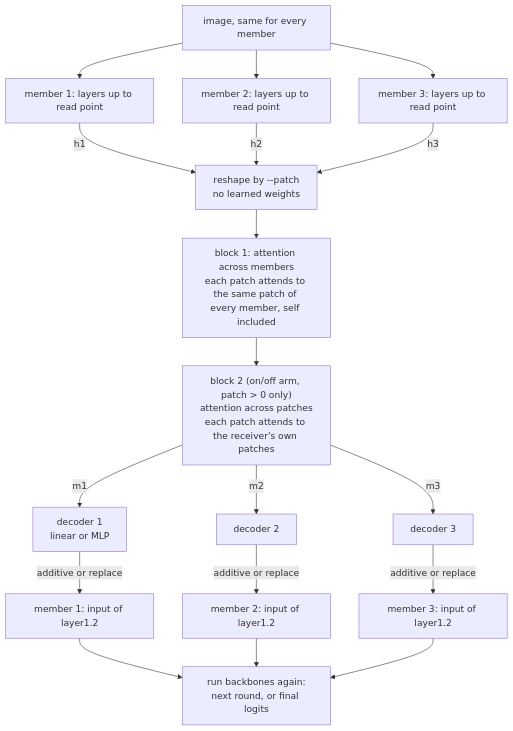
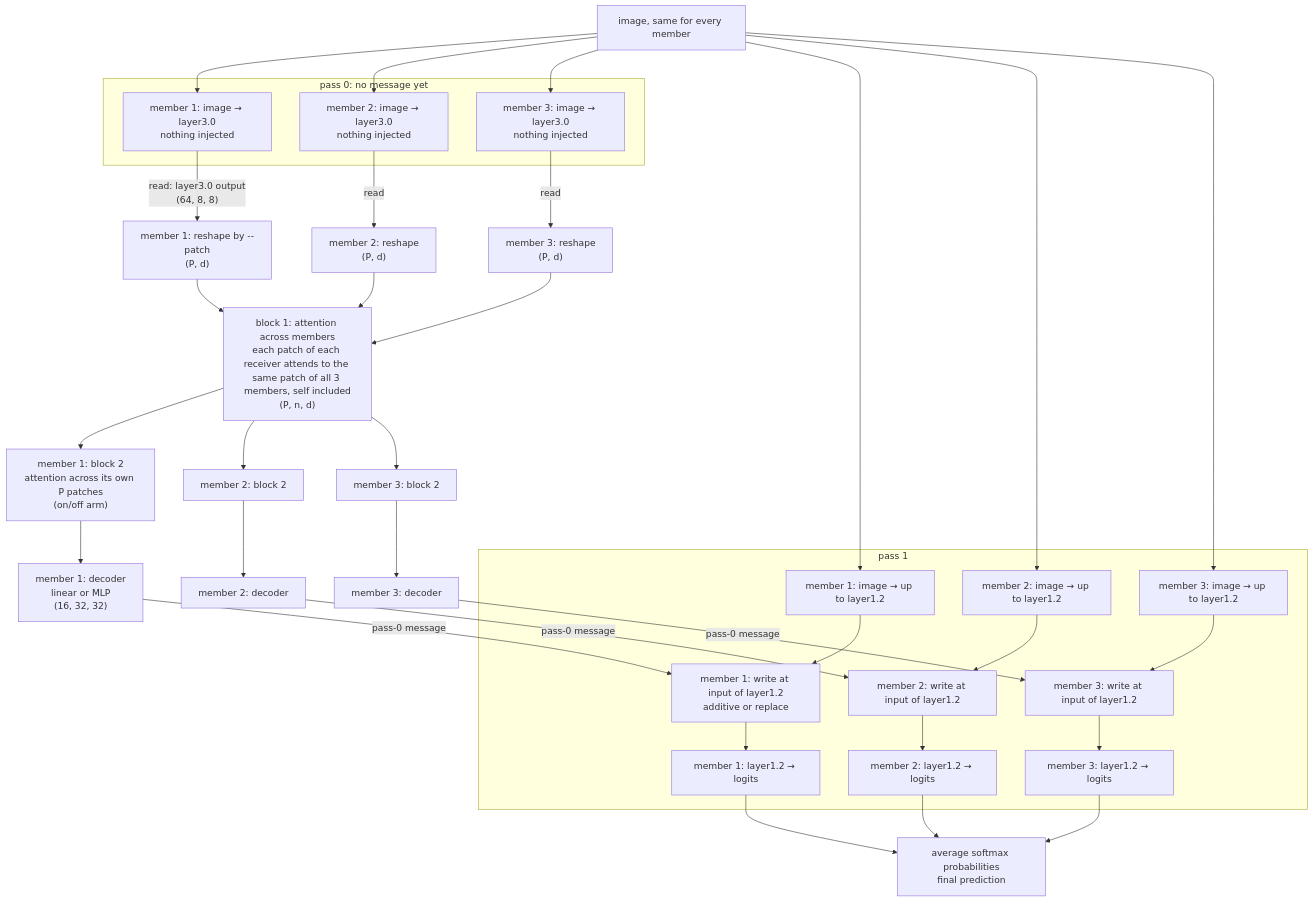
Before and after one commit to ratcht/talkative-networks: the diagram in experiments/04_patch_attention/README.md, drawn with Mermaid. The commit also changed other lines of this file and 2 other files, not shown here.

Commit message:
patch_attention: run scripts

````diff
--- a/experiments/04_patch_attention/README.md
+++ b/experiments/04_patch_attention/README.md
@@ -19,25 +21,39 @@
 ```mermaid
 flowchart TD
-  img[image, same for every member]
+  img["image, same for every member"]
 
-  img --> B1[member 1: layers up to read point]
-  img --> B2[member 2: layers up to read point]
-  img --> B3[member 3: layers up to read point]
+  subgraph P0["pass 0: no message yet"]
+    F1["member 1: image → layer3.0<br/>nothing injected"]
+    F2["member 2: image → layer3.0<br/>nothing injected"]
+    F3["member 3: image → layer3.0<br/>nothing injected"]
+  end
 
-  B1 -->|h1| R[reshape by --patch<br/>no learned weights]
-  B2 -->|h2| R
-  B3 -->|h3| R
+  img --> F1 & F2 & F3
 
-  R --> ATT1["block 1: attention across members<br/>each patch attends to the same patch of every member, self included"]
-  ATT1 --> ATT2["block 2 (on/off arm, patch > 0 only)<br/>attention across patches<br/>each patch attends to the receiver's own patches"]
+  F1 -->|"read: layer3.0 output<br/>(64, 8, 8)"| S1["member 1: reshape by --patch<br/>(P, d)"]
+  F2 -->|read| S2["member 2: reshape<br/>(P, d)"]
+  F3 -->|read| S3["member 3: reshape<br/>(P, d)"]
 
-  ATT2 -->|m1| D1[decoder 1<br/>linear or MLP]
-  ATT2 -->|m2| D2[decoder 2]
-  ATT2 -->|m3| D3[decoder 3]
+  S1 & S2 & S3 --> BL1["block 1: attention across members<br/>each patch of each receiver attends to the same patch of all 3 members, self included<br/>(P, n, d)"]
 
-  D1 -->|additive or replace| W1[member 1: input of layer1.2]
-  D2 -->|additive or replace| W2[member 2: input of layer1.2]
-  D3 -->|additive or replace| W3[member 3: input of layer1.2]
+  BL1 --> C1["member 1: block 2<br/>attention across its own P patches<br/>(on/off arm)"]
+  BL1 --> C2["member 2: block 2"]
+  BL1 --> C3["member 3: block 2"]
 
-  W1 & W2 & W3 --> NEXT[run backbones again:<br/>next round, or final logits]
+  C1 --> D1["member 1: decoder<br/>linear or MLP<br/>(16, 32, 32)"]
+  C2 --> D2["member 2: decoder"]
+  C3 --> D3["member 3: decoder"]
+
+  subgraph P1["pass 1"]
+    E1["member 1: image → up to layer1.2"] --> W1["member 1: write at input of layer1.2<br/>additive or replace"] --> G1["member 1: layer1.2 → logits"]
+    E2["member 2: image → up to layer1.2"] --> W2["member 2: write at input of layer1.2"] --> G2["member 2: layer1.2 → logits"]
+    E3["member 3: image → up to layer1.2"] --> W3["member 3: write at input of layer1.2"] --> G3["member 3: layer1.2 → logits"]
+  end
+
+  img --> E1 & E2 & E3
+  D1 -->|pass-0 message| W1
+  D2 -->|pass-0 message| W2
+  D3 -->|pass-0 message| W3
+
+  G1 & G2 & G3 --> AVG["average softmax probabilities<br/>final prediction"]
 ```
````
